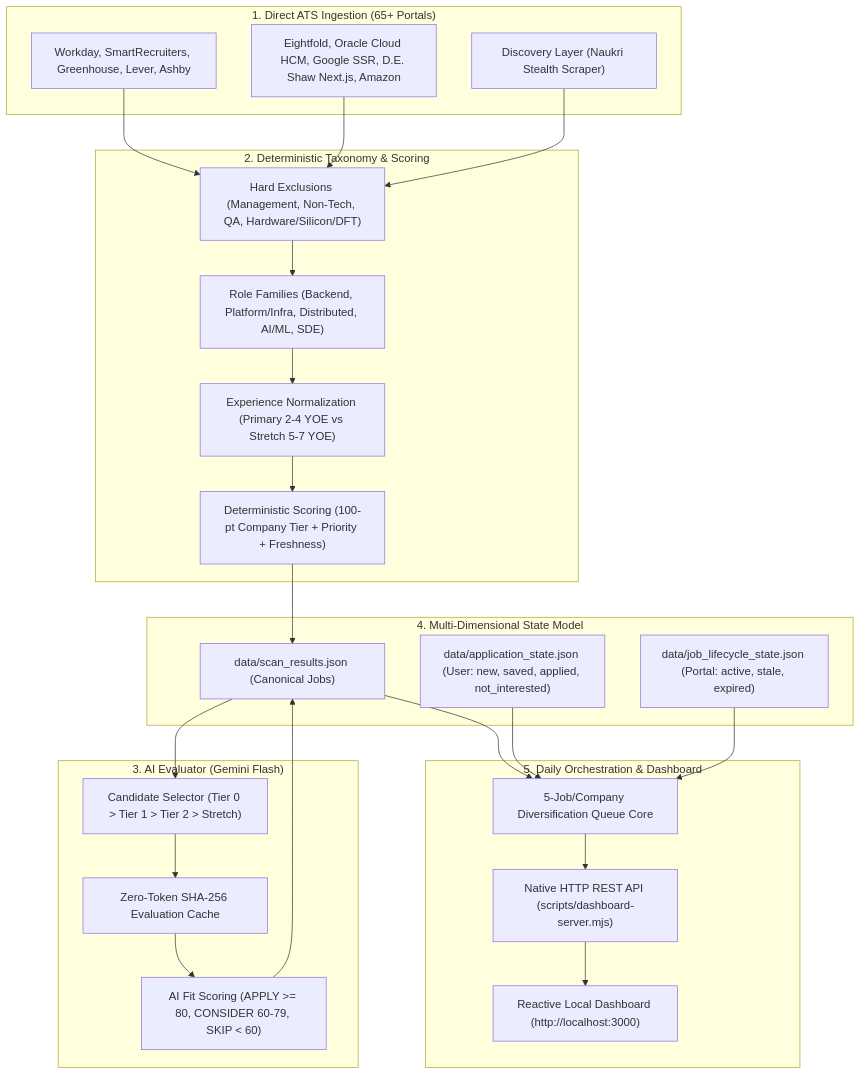
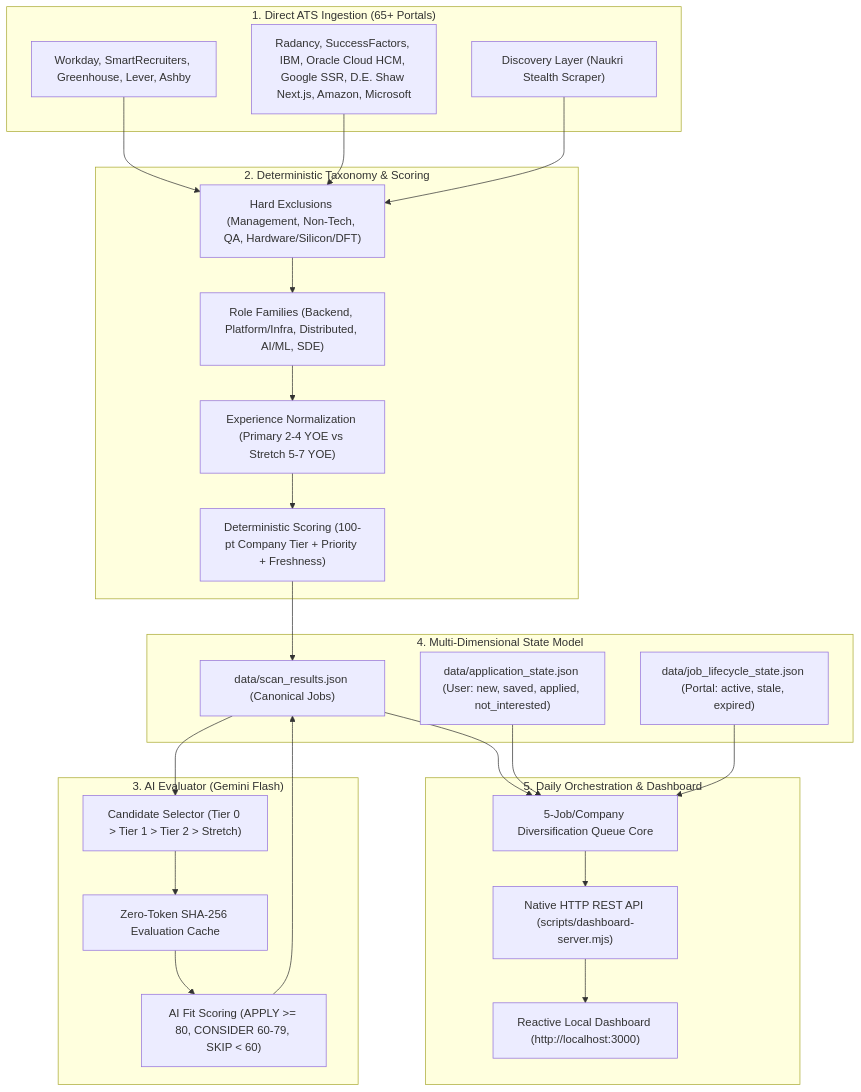
One commit to Penguin-12/career-ops-india changed the diagram in README.md. Above: the diagram before and after it, drawn with Mermaid. The commit also changed other lines of this file and 17 other files, not shown here.

Commit message:
Add adapters for Radancy, SuccessFactors, IBM

````diff
--- a/README.md
+++ b/README.md
@@ -24,37 +24,37 @@
 ```mermaid
 graph TD
     subgraph Ingestion["1. Direct ATS Ingestion (65+ Portals)"]
         A1["Workday, SmartRecruiters, Greenhouse, Lever, Ashby"]
-        A2["Eightfold, Oracle Cloud HCM, Google SSR, D.E. Shaw Next.js, Amazon"]
+        A2["Radancy, SuccessFactors, IBM, Oracle Cloud HCM, Google SSR, D.E. Shaw Next.js, Amazon, Microsoft"]
         A3["Discovery Layer (Naukri Stealth Scraper)"]
     end
 
     subgraph Taxonomy["2. Deterministic Taxonomy & Scoring"]
         B1["Hard Exclusions (Management, Non-Tech, QA, Hardware/Silicon/DFT)"]
         B2["Role Families (Backend, Platform/Infra, Distributed, AI/ML, SDE)"]
         B3["Experience Normalization (Primary 2-4 YOE vs Stretch 5-7 YOE)"]
         B4["Deterministic Scoring (100-pt Company Tier + Priority + Freshness)"]
     end
 
     subgraph Evaluation["3. AI Evaluator (Gemini Flash)"]
         C1["Candidate Selector (Tier 0 > Tier 1 > Tier 2 > Stretch)"]
         C2["Zero-Token SHA-256 Evaluation Cache"]
         C3["AI Fit Scoring (APPLY >= 80, CONSIDER 60-79, SKIP < 60)"]
     end
 
     subgraph State["4. Multi-Dimensional State Model"]
         D1["data/scan_results.json (Canonical Jobs)"]
         D2["data/application_state.json (User: new, saved, applied, not_interested)"]
         D3["data/job_lifecycle_state.json (Portal: active, stale, expired)"]
     end
 
     subgraph Dashboard["5. Daily Orchestration & Dashboard"]
         E1["5-Job/Company Diversification Queue Core"]
         E2["Native HTTP REST API (scripts/dashboard-server.mjs)"]
         E3["Reactive Local Dashboard (http://localhost:3000)"]
     end
 
     A1 & A2 & A3 --> B1 --> B2 --> B3 --> B4 --> D1
     D1 --> C1 --> C2 --> C3 --> D1
     D1 & D2 & D3 --> E1 --> E2 --> E3
 ```
````
